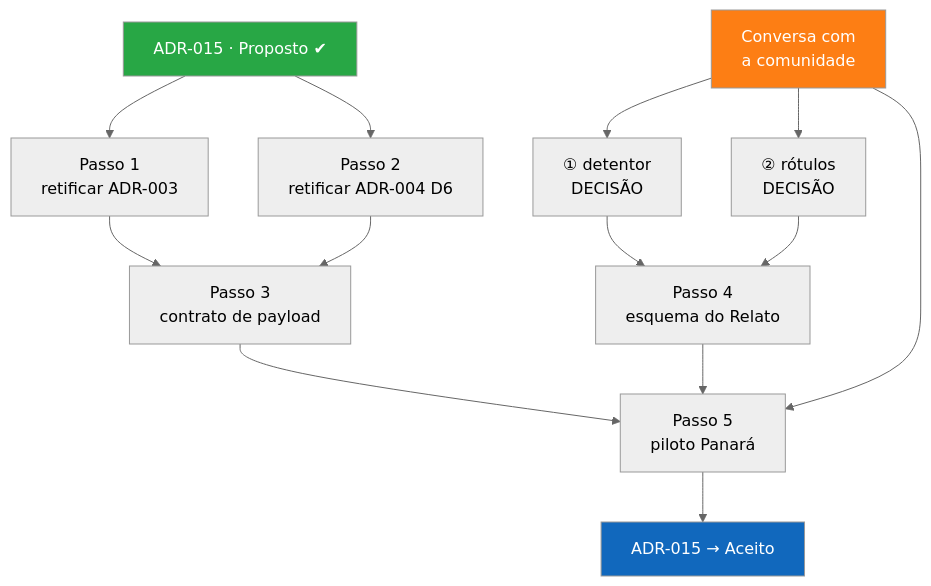
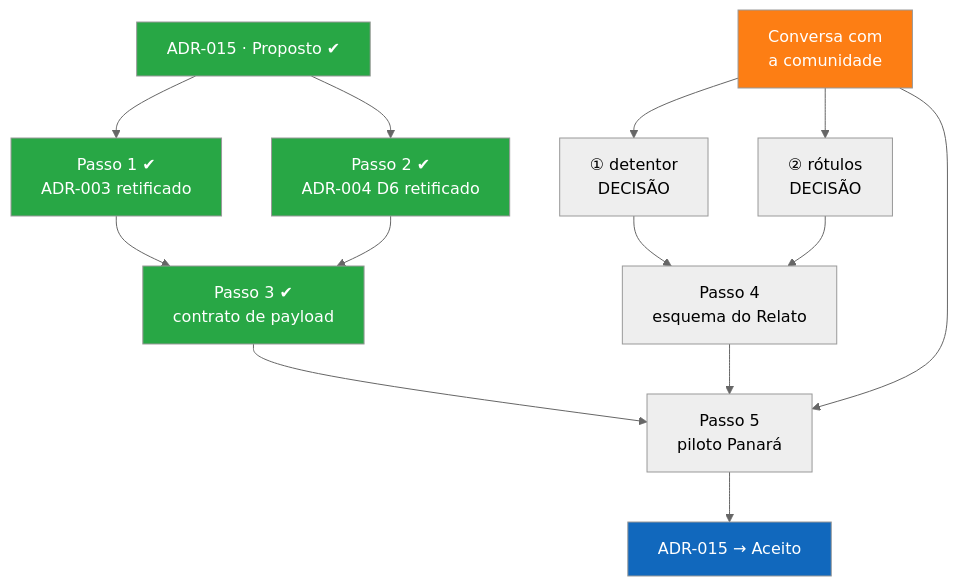
Before and after one commit to edalcin/Arquitetura-BioCultural: the diagram in proximosPassos.md, drawn with Mermaid (neutral theme). The commit also changed other lines of this file and 8 other files, not shown here.

Commit message:
docs(v3.8.0): retifica ADR-003, ADR-004 D6 e ADR-006 E3; especifica contrato de harvest

````diff
--- a/proximosPassos.md
+++ b/proximosPassos.md
@@ -152,18 +118,21 @@
 ```mermaid
 flowchart TD
-    A["ADR-015 · Proposto ✔"] --> P1["Passo 1<br/>retificar ADR-003"]
-    A --> P2["Passo 2<br/>retificar ADR-004 D6"]
-    P1 --> P3["Passo 3<br/>contrato de payload"]
+    A["ADR-015 · Proposto ✔"] --> P1["Passo 1 ✔<br/>ADR-003 retificado"]
+    A --> P2["Passo 2 ✔<br/>ADR-004 D6 retificado"]
+    P1 --> P3["Passo 3 ✔<br/>contrato de payload"]
     P2 --> P3
     Q1["① detentor<br/>DECISÃO"] --> P4["Passo 4<br/>esquema do Relato"]
     Q2["② rótulos<br/>DECISÃO"] --> P4
     C["Conversa com<br/>a comunidade"] --> Q1
     C --> Q2
     C --> P5["Passo 5<br/>piloto Panará"]
     P3 --> P5
     P4 --> P5
     P5 --> F["ADR-015 → Aceito"]
     style A fill:#28a745,color:#fff
+    style P1 fill:#28a745,color:#fff
+    style P2 fill:#28a745,color:#fff
+    style P3 fill:#28a745,color:#fff
     style C fill:#fd7e14,color:#fff
     style F fill:#1168bd,color:#fff
 ```
````
